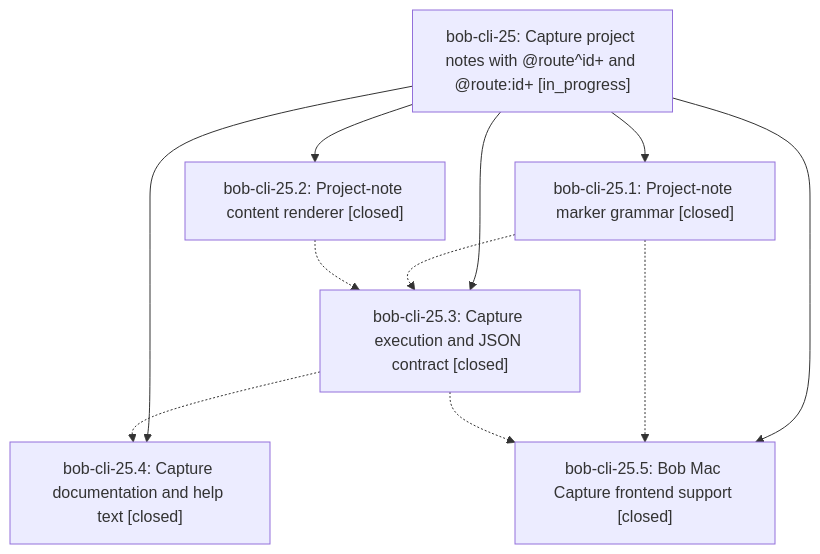
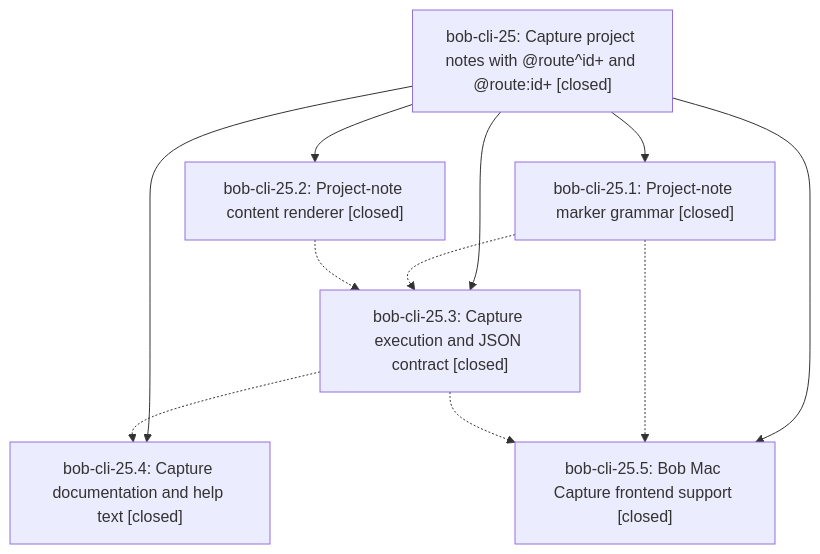
One commit to bobs-org/bob-cli--beads changed the diagram in pages/bob-cli-25/README.md. Above: the diagram before and after it, drawn with Mermaid. The commit also changed other lines of this file, not shown here.

First line of the commit message:
chore(beads): sync bead state and pages for bob-cli-25

````diff
--- a/pages/bob-cli-25/README.md
+++ b/pages/bob-cli-25/README.md
@@ -26,19 +43,19 @@
 ```mermaid
 flowchart TD
-    n0["bob-cli-25: Capture project notes with @route^id+ and @route:id+ [in_progress]"]
+    n0["bob-cli-25: Capture project notes with @route^id+ and @route:id+ [closed]"]
     n1["bob-cli-25.1: Project-note marker grammar [closed]"]
     n2["bob-cli-25.2: Project-note content renderer [closed]"]
     n3["bob-cli-25.3: Capture execution and JSON contract [closed]"]
     n4["bob-cli-25.4: Capture documentation and help text [closed]"]
     n5["bob-cli-25.5: Bob Mac Capture frontend support [closed]"]
     n0 --> n1
     n0 --> n2
     n0 --> n3
     n0 --> n4
     n0 --> n5
     n1 -.-> n3
     n1 -.-> n5
     n2 -.-> n3
     n3 -.-> n4
     n3 -.-> n5
 ```
````
